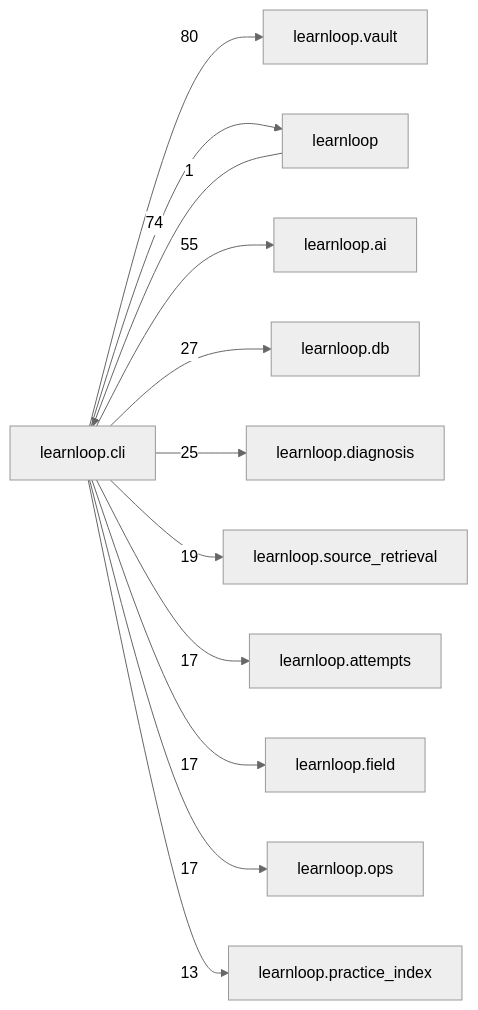
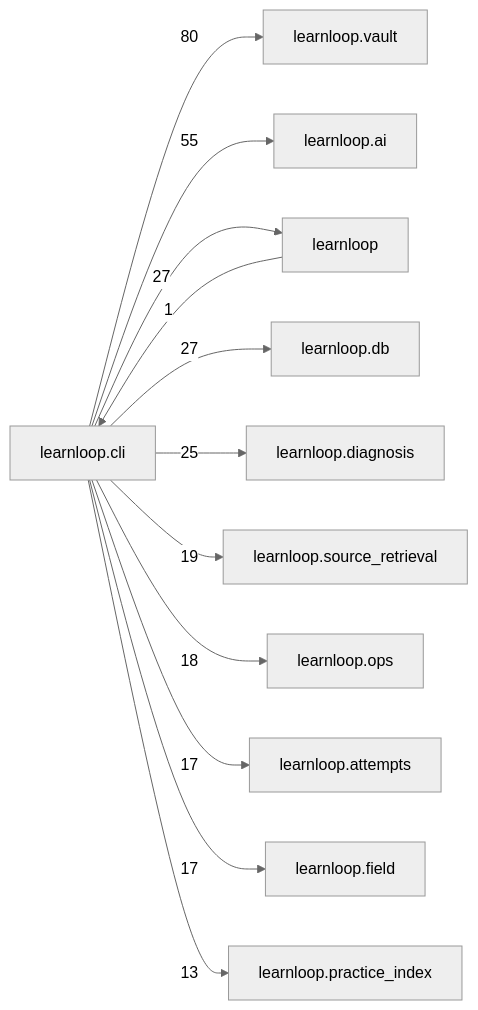
Before and after one commit to 6up-b/learnanything: the diagram in docs/learnloop-architecture-vault/Reference/Modules/learnloop/cli/_package.md, drawn with Mermaid (neutral theme). The commit also changed other lines of this file and 174 other files, not shown here.

````diff
--- a/docs/learnloop-architecture-vault/Reference/Modules/learnloop/cli/_package.md
+++ b/docs/learnloop-architecture-vault/Reference/Modules/learnloop/cli/_package.md
@@ -227,25 +227,25 @@
 ```mermaid
 flowchart LR
     center["learnloop.cli"]
     n_learnloop_vault["learnloop.vault"]
+    n_learnloop_ai["learnloop.ai"]
     n_learnloop["learnloop"]
-    n_learnloop_ai["learnloop.ai"]
     n_learnloop_db["learnloop.db"]
     n_learnloop_diagnosis["learnloop.diagnosis"]
     n_learnloop_source_retrieval["learnloop.source_retrieval"]
+    n_learnloop_ops["learnloop.ops"]
     n_learnloop_attempts["learnloop.attempts"]
     n_learnloop_field["learnloop.field"]
-    n_learnloop_ops["learnloop.ops"]
     n_learnloop_practice_index["learnloop.practice_index"]
     center -->|80| n_learnloop_vault
+    center -->|55| n_learnloop_ai
     n_learnloop -->|1| center
-    center -->|74| n_learnloop
-    center -->|55| n_learnloop_ai
+    center -->|27| n_learnloop
     center -->|27| n_learnloop_db
     center -->|25| n_learnloop_diagnosis
     center -->|19| n_learnloop_source_retrieval
+    center -->|18| n_learnloop_ops
     center -->|17| n_learnloop_attempts
     center -->|17| n_learnloop_field
-    center -->|17| n_learnloop_ops
     center -->|13| n_learnloop_practice_index
 ```
````
